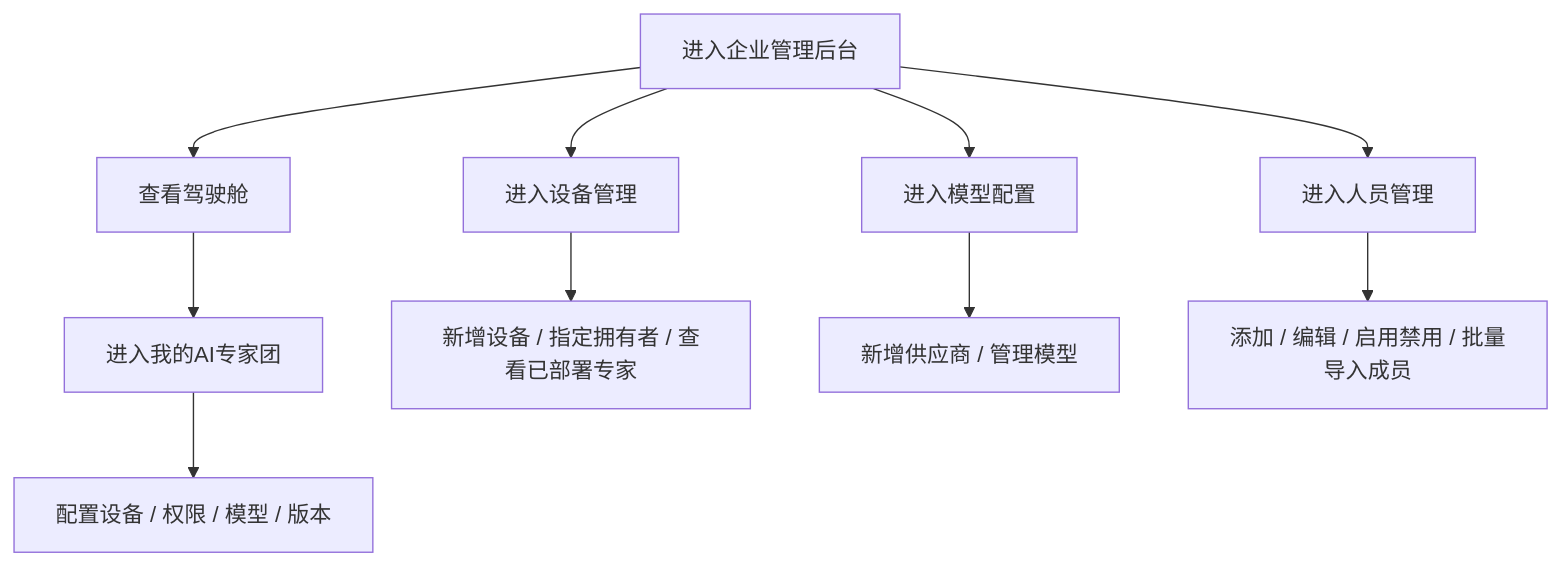
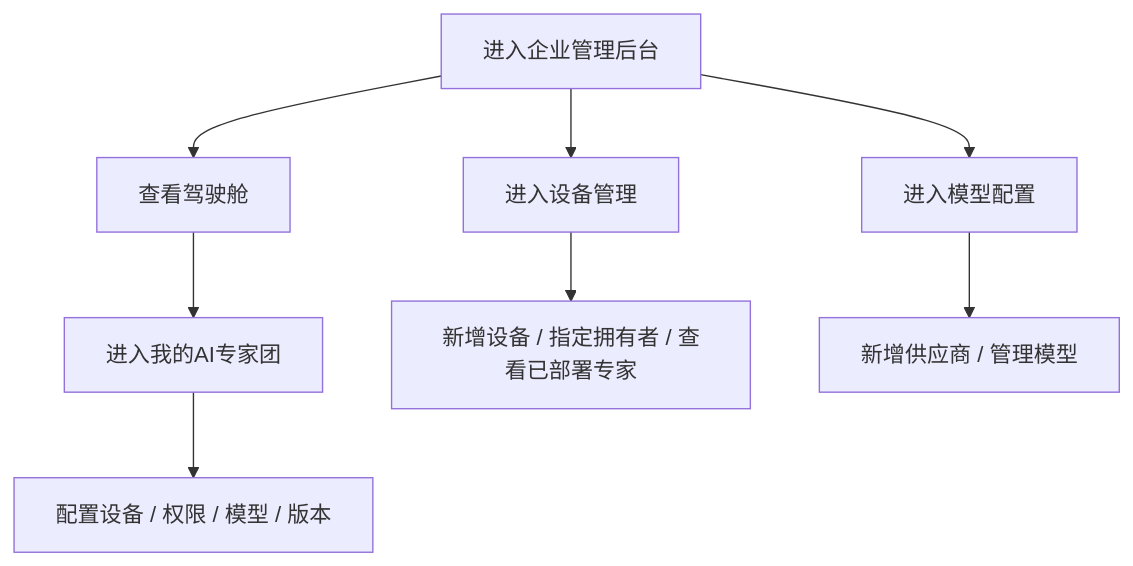
Before and after one commit to wanquanY/Frontis_prd: the fifth of 16 diagrams in Frontis AI · 正式 PRD.md, drawn with Mermaid. The commit also changed other lines of this file and 42 other files, not shown here.

Commit message:
feat: refine fde and enterprise management flows

````diff
--- a/Frontis AI · 正式 PRD.md
+++ b/Frontis AI · 正式 PRD.md
@@ -340,12 +332,10 @@
 ```mermaid
 flowchart TD
   A["进入企业管理后台"] --> B["查看驾驶舱"]
   B --> C["进入我的AI专家团"]
   C --> D["配置设备 / 权限 / 模型 / 版本"]
   A --> E["进入设备管理"]
   E --> F["新增设备 / 指定拥有者 / 查看已部署专家"]
   A --> G["进入模型配置"]
   G --> H["新增供应商 / 管理模型"]
-  A --> I["进入人员管理"]
-  I --> J["添加 / 编辑 / 启用禁用 / 批量导入成员"]
 ```
````
